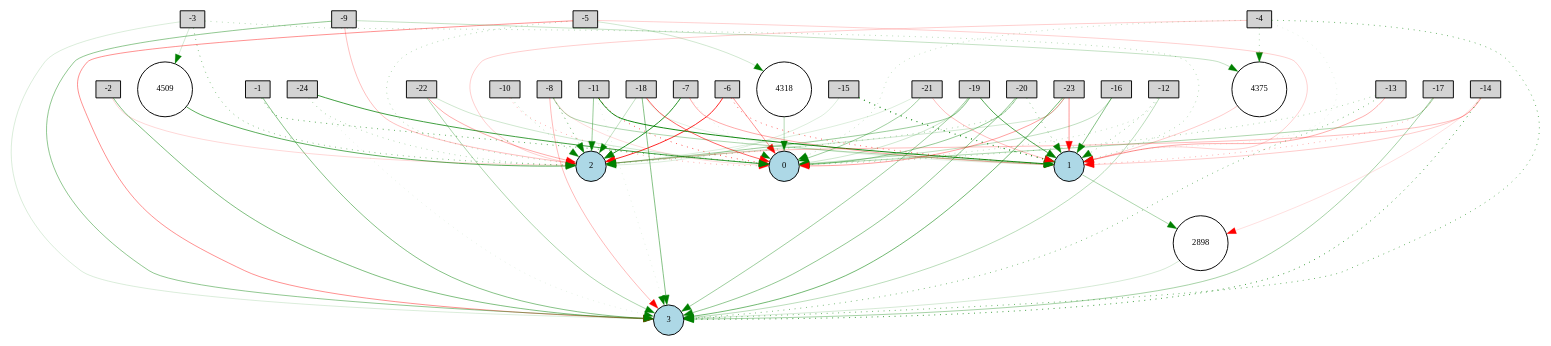
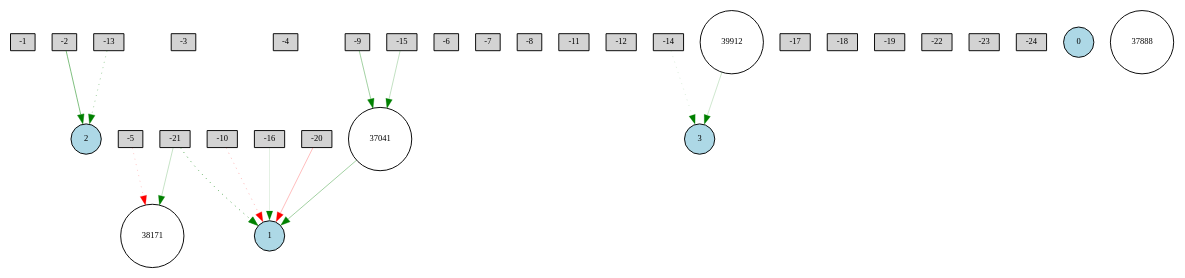
Before and after one commit to yoshinobc/EA: the diagram in neat/BipedalWalker/Digraph.gv, drawn with Graphviz. The commit also changed 310 other files, not shown here.

```diff
--- a/neat/BipedalWalker/Digraph.gv
+++ b/neat/BipedalWalker/Digraph.gv
@@ -1,118 +1,48 @@
 digraph {
 	node [fontsize=9 height=0.2 shape=circle width=0.2]
 	-1 [fillcolor=lightgray shape=box style=filled]
 	-2 [fillcolor=lightgray shape=box style=filled]
 	-3 [fillcolor=lightgray shape=box style=filled]
 	-4 [fillcolor=lightgray shape=box style=filled]
 	-5 [fillcolor=lightgray shape=box style=filled]
 	-6 [fillcolor=lightgray shape=box style=filled]
 	-7 [fillcolor=lightgray shape=box style=filled]
 	-8 [fillcolor=lightgray shape=box style=filled]
 	-9 [fillcolor=lightgray shape=box style=filled]
 	-10 [fillcolor=lightgray shape=box style=filled]
 	-11 [fillcolor=lightgray shape=box style=filled]
 	-12 [fillcolor=lightgray shape=box style=filled]
 	-13 [fillcolor=lightgray shape=box style=filled]
 	-14 [fillcolor=lightgray shape=box style=filled]
 	-15 [fillcolor=lightgray shape=box style=filled]
 	-16 [fillcolor=lightgray shape=box style=filled]
 	-17 [fillcolor=lightgray shape=box style=filled]
 	-18 [fillcolor=lightgray shape=box style=filled]
 	-19 [fillcolor=lightgray shape=box style=filled]
 	-20 [fillcolor=lightgray shape=box style=filled]
 	-21 [fillcolor=lightgray shape=box style=filled]
 	-22 [fillcolor=lightgray shape=box style=filled]
 	-23 [fillcolor=lightgray shape=box style=filled]
 	-24 [fillcolor=lightgray shape=box style=filled]
 	0 [fillcolor=lightblue style=filled]
 	1 [fillcolor=lightblue style=filled]
 	2 [fillcolor=lightblue style=filled]
 	3 [fillcolor=lightblue style=filled]
-	2898 [fillcolor=white style=filled]
-	4375 [fillcolor=white style=filled]
-	4509 [fillcolor=white style=filled]
-	4318 [fillcolor=white style=filled]
-	-23 -> 0 [color=red penwidth=0.39903439195403323 style=solid]
-	-1 -> 0 [color=green penwidth=0.6909398287098273 style=dotted]
-	-11 -> 1 [color=green penwidth=0.9775327464480412 style=solid]
-	-4 -> 4375 [color=green penwidth=0.38090138148437447 style=dotted]
-	-9 -> 2 [color=red penwidth=0.269983112882643 style=solid]
-	-15 -> 2 [color=green penwidth=0.1460688717334012 style=solid]
-	-4 -> 2 [color=red penwidth=0.20994183090896523 style=solid]
-	-18 -> 1 [color=green penwidth=0.11558879829918228 style=solid]
-	-13 -> 3 [color=green penwidth=0.5561353164809524 style=dotted]
-	-3 -> 3 [color=green penwidth=0.1591881153875115 style=solid]
-	-8 -> 1 [color=green penwidth=0.33812169339705084 style=solid]
-	-22 -> 0 [color=green penwidth=0.21113587054500996 style=solid]
-	-20 -> 3 [color=green penwidth=0.4648210025757522 style=solid]
-	-5 -> 1 [color=red penwidth=0.20315044901453994 style=solid]
-	2898 -> 3 [color=green penwidth=0.18104189255603556 style=solid]
-	-24 -> 2 [color=green penwidth=0.31747052238000056 style=dotted]
-	-14 -> 2 [color=red penwidth=0.2753841470106785 style=solid]
-	-17 -> 3 [color=green penwidth=0.3715559985745218 style=solid]
-	-23 -> 3 [color=green penwidth=0.5857712373734509 style=solid]
-	-12 -> 1 [color=green penwidth=0.4243874871009091 style=dotted]
-	-21 -> 0 [color=green penwidth=0.39805484625102106 style=solid]
-	-16 -> 0 [color=green penwidth=0.26818191018101123 style=solid]
-	-18 -> 2 [color=green penwidth=0.2574615988849196 style=solid]
-	-3 -> 4509 [color=green penwidth=0.18263504725117272 style=solid]
-	-6 -> 1 [color=red penwidth=0.6663454250209023 style=dotted]
-	-20 -> 0 [color=green penwidth=0.4408137328355284 style=solid]
-	-3 -> 1 [color=green penwidth=0.31594513202934255 style=dotted]
-	-8 -> 3 [color=red penwidth=0.29139500011424124 style=solid]
-	4509 -> 2 [color=green penwidth=0.6812661064477836 style=solid]
-	4375 -> 1 [color=red penwidth=0.2206965589479593 style=solid]
-	-7 -> 2 [color=green penwidth=0.8988249357319297 style=solid]
-	-5 -> 3 [color=red penwidth=0.45729433326400093 style=solid]
-	-19 -> 0 [color=green penwidth=0.20954295653865676 style=solid]
-	-23 -> 1 [color=red penwidth=0.43431437807681983 style=solid]
-	-12 -> 3 [color=green penwidth=0.28954016634115365 style=solid]
-	-1 -> 3 [color=green penwidth=0.5004627415205493 style=solid]
-	-21 -> 2 [color=green penwidth=0.1450144102160203 style=solid]
-	-11 -> 2 [color=green penwidth=0.4251177919228948 style=solid]
-	-6 -> 2 [color=red penwidth=0.8992334503821705 style=solid]
-	-9 -> 3 [color=green penwidth=0.45756185995142973 style=solid]
-	-4 -> 1 [color=green penwidth=0.11815558545601962 style=dotted]
-	-18 -> 0 [color=red penwidth=0.6409207762526992 style=solid]
-	-13 -> 0 [color=green penwidth=0.3509927755197225 style=dotted]
-	-8 -> 0 [color=red penwidth=0.1503626766485217 style=solid]
-	-22 -> 3 [color=green penwidth=0.3506486948124322 style=solid]
-	-20 -> 2 [color=green penwidth=0.38632698356077266 style=dotted]
-	-10 -> 2 [color=green penwidth=0.2863966770591452 style=dotted]
-	-19 -> 3 [color=green penwidth=0.4050582049255145 style=solid]
-	-17 -> 0 [color=green penwidth=0.34411715588563807 style=solid]
-	-12 -> 0 [color=green penwidth=0.2682522325147112 style=dotted]
-	-7 -> 0 [color=green penwidth=0.14913471703647826 style=dotted]
-	-21 -> 1 [color=red penwidth=0.28404395316707354 style=solid]
-	-5 -> 4318 [color=green penwidth=0.20394707963144548 style=solid]
-	-14 -> 2898 [color=red penwidth=0.1401098211921606 style=solid]
-	-2 -> 3 [color=green penwidth=0.5306581632565659 style=solid]
-	-11 -> 0 [color=red penwidth=0.729706489794642 style=dotted]
-	-6 -> 0 [color=red penwidth=0.4493683306582229 style=solid]
-	-15 -> 1 [color=green penwidth=1.2875611296468388 style=dotted]
-	-4 -> 3 [color=green penwidth=0.6323554749546709 style=dotted]
-	1 -> 2898 [color=green penwidth=0.3456312903831992 style=solid]
-	-3 -> 2 [color=green penwidth=0.5107042831005026 style=dotted]
-	-8 -> 2 [color=green penwidth=0.7041721972836605 style=dotted]
-	-10 -> 0 [color=red penwidth=0.33545301818025064 style=dotted]
-	-19 -> 1 [color=green penwidth=0.7096951014166534 style=solid]
-	-24 -> 3 [color=green penwidth=0.1156794996256653 style=dotted]
-	-14 -> 3 [color=green penwidth=0.818422587428839 style=dotted]
-	-23 -> 2 [color=green penwidth=0.19601561822833158 style=solid]
-	-2 -> 2 [color=red penwidth=0.16581394116385956 style=solid]
-	-9 -> 4375 [color=green penwidth=0.24853617562297506 style=solid]
-	-11 -> 3 [color=green penwidth=0.12309724368284938 style=dotted]
-	-16 -> 1 [color=green penwidth=0.5071166763899053 style=solid]
-	-4 -> 0 [color=green penwidth=0.2607512653062652 style=dotted]
-	-18 -> 3 [color=green penwidth=0.5074716034289999 style=solid]
-	-19 -> 2 [color=green penwidth=0.4223037449035536 style=solid]
-	-13 -> 1 [color=red penwidth=0.3383265332885835 style=solid]
-	-22 -> 2 [color=red penwidth=0.34899552215347623 style=solid]
-	-20 -> 1 [color=green penwidth=0.5133397155684762 style=dotted]
-	4318 -> 0 [color=green penwidth=0.3089787167655219 style=solid]
-	-24 -> 0 [color=green penwidth=0.7887161958093507 style=solid]
-	-17 -> 1 [color=red penwidth=0.3402170156681309 style=dotted]
-	-7 -> 1 [color=red penwidth=0.36376222227679245 style=solid]
-	-5 -> 2 [color=green penwidth=0.3277161952356701 style=dotted]
-	-14 -> 1 [color=red penwidth=0.2182312433955481 style=solid]
+	37888 [fillcolor=white style=filled]
+	39912 [fillcolor=white style=filled]
+	37041 [fillcolor=white style=filled]
+	38171 [fillcolor=white style=filled]
+	39912 -> 3 [color=green penwidth=0.20964421550051837 style=solid]
+	-20 -> 1 [color=red penwidth=0.27910096987109234 style=solid]
+	-5 -> 38171 [color=red penwidth=0.23826148980240652 style=dotted]
+	-9 -> 37041 [color=green penwidth=0.38784850591528275 style=solid]
+	-2 -> 2 [color=green penwidth=0.5333230226537853 style=solid]
+	-13 -> 2 [color=green penwidth=0.39921862359157667 style=dotted]
+	37041 -> 1 [color=green penwidth=0.39483511815106265 style=solid]
+	-16 -> 1 [color=green penwidth=0.12487347884458842 style=solid]
+	-21 -> 1 [color=green penwidth=0.7233476713032364 style=dotted]
+	-21 -> 38171 [color=green penwidth=0.23543746661680517 style=solid]
+	-14 -> 3 [color=green penwidth=0.16426833281804837 style=dotted]
+	-10 -> 1 [color=red penwidth=0.3163183543043496 style=dotted]
+	-15 -> 37041 [color=green penwidth=0.2580513911331324 style=solid]
 }
```
